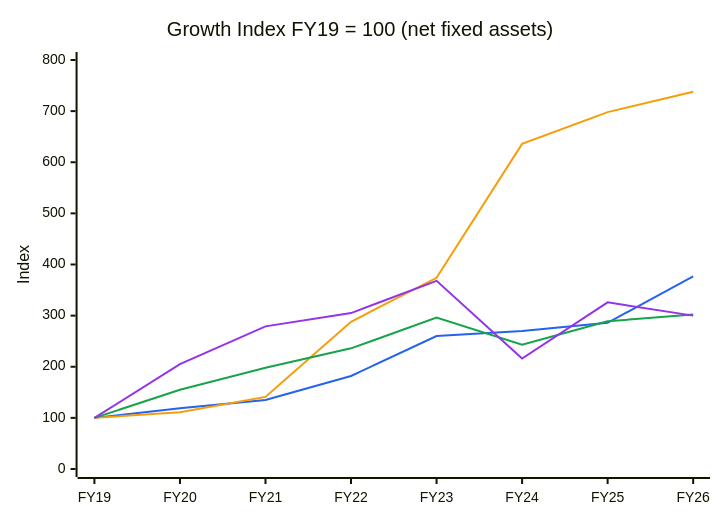
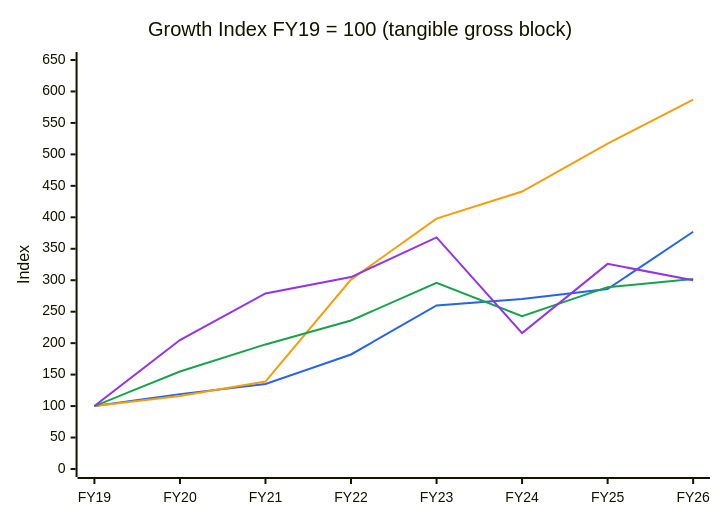
The first of 22 diagrams in HLEGLAS_HLEGlascoat_2026-10-14.md (Anubhavsingh13/Stock-Analysis), drawn with Mermaid before and after one commit. The commit also changed other lines of this file, not shown here.

````diff
--- a/HLEGLAS_HLEGlascoat_2026-10-14.md
+++ b/HLEGLAS_HLEGlascoat_2026-10-14.md
@@ -73,11 +88,11 @@
 ```mermaid
 %%{init: {"themeVariables": {"xyChart": {"plotColorPalette": "#2563eb, #f59e0b, #16a34a, #9333ea"}}}}%%
 xychart-beta
-    title "Growth Index FY19 = 100 (net fixed assets)"
+    title "Growth Index FY19 = 100 (tangible gross block)"
     x-axis [FY19, FY20, FY21, FY22, FY23, FY24, FY25, FY26]
-    y-axis "Index" 0 --> 800
+    y-axis "Index" 0 --> 650
     line [100, 119, 135, 182, 260, 270, 286, 377]
-    line [100, 111, 141, 288, 374, 636, 698, 738]
+    line [100, 116, 139, 301, 398, 441, 517, 587]
     line [100, 155, 198, 236, 296, 243, 289, 302]
     line [100, 205, 279, 305, 368, 216, 326, 300]
 ```
````
